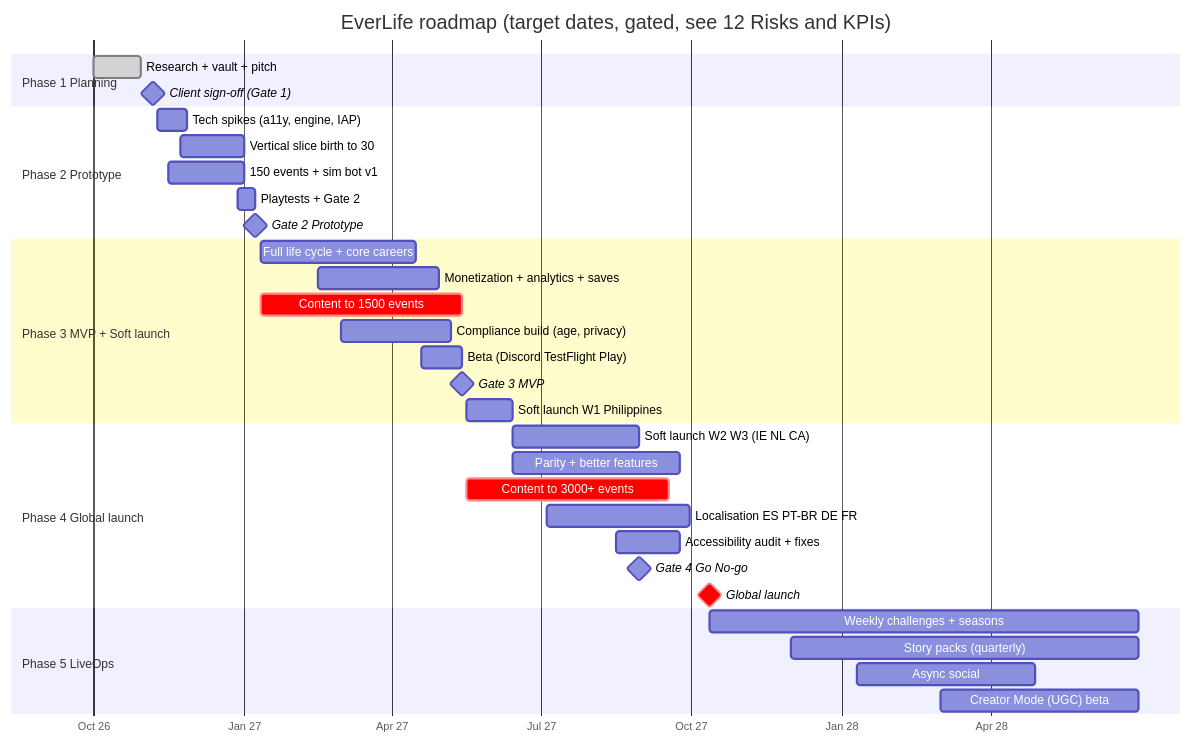
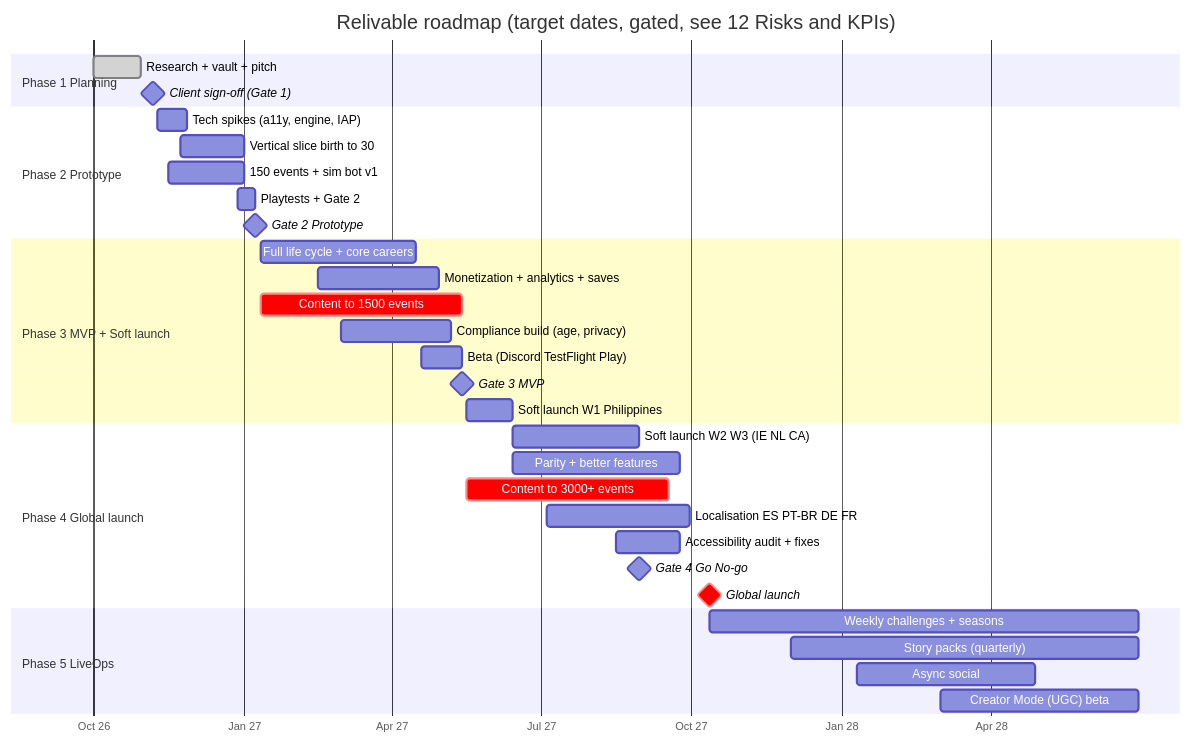
The diagram in docs/phase-1/11 Roadmap Team and Budget.md (ZWITG/agent-weave-workbench), drawn with Mermaid before and after one commit. The commit also changed other lines of this file and 17 other files, not shown here.

````diff
--- a/docs/phase-1/11 Roadmap Team and Budget.md
+++ b/docs/phase-1/11 Roadmap Team and Budget.md
@@ -28,36 +28,36 @@
 ```mermaid
 gantt
-  title EverLife roadmap (target dates, gated, see 12 Risks and KPIs)
+  title Relivable roadmap (target dates, gated, see 12 Risks and KPIs)
   dateFormat YYYY-MM-DD
   axisFormat %b %y
   section Phase 1 Planning
   Research + vault + pitch          :done, p1, 2026-10-01, 2026-10-30
   Client sign-off (Gate 1)          :milestone, g1, 2026-11-06, 0d
   section Phase 2 Prototype
   Tech spikes (a11y, engine, IAP)   :p2a, 2026-11-09, 2026-11-27
   Vertical slice birth to 30        :p2b, 2026-11-23, 2027-01-01
   150 events + sim bot v1           :p2c, 2026-11-16, 2027-01-01
   Playtests + Gate 2                :p2d, 2026-12-28, 2027-01-08
   Gate 2 Prototype                  :milestone, g2, 2027-01-08, 0d
   section Phase 3 MVP + Soft launch
   Full life cycle + core careers    :p3a, 2027-01-11, 2027-04-16
   Monetization + analytics + saves  :p3b, 2027-02-15, 2027-04-30
   Content to 1500 events            :crit, p3c, 2027-01-11, 2027-05-14
   Compliance build (age, privacy)   :p3d, 2027-03-01, 2027-05-07
   Beta (Discord TestFlight Play)    :p3e, 2027-04-19, 2027-05-14
   Gate 3 MVP                        :milestone, g3, 2027-05-14, 0d
   Soft launch W1 Philippines        :p3f, 2027-05-17, 2027-06-14
   section Phase 4 Global launch
   Soft launch W2 W3 (IE NL CA)      :p4a, 2027-06-14, 2027-08-30
   Parity + better features          :p4b, 2027-06-14, 2027-09-24
   Content to 3000+ events           :crit, p4c, 2027-05-17, 2027-09-17
   Localisation ES PT-BR DE FR       :p4d, 2027-07-05, 2027-09-30
   Accessibility audit + fixes       :p4e, 2027-08-16, 2027-09-24
   Gate 4 Go No-go                   :milestone, g4, 2027-08-30, 0d
   Global launch                     :milestone, crit, l1, 2027-10-12, 0d
   section Phase 5 LiveOps
   Weekly challenges + seasons       :p5a, 2027-10-12, 2028-06-30
   Story packs (quarterly)           :p5b, 2027-12-01, 2028-06-30
   Async social                      :p5c, 2028-01-10, 2028-04-28
   Creator Mode (UGC) beta           :p5d, 2028-03-01, 2028-06-30
 ```
````
